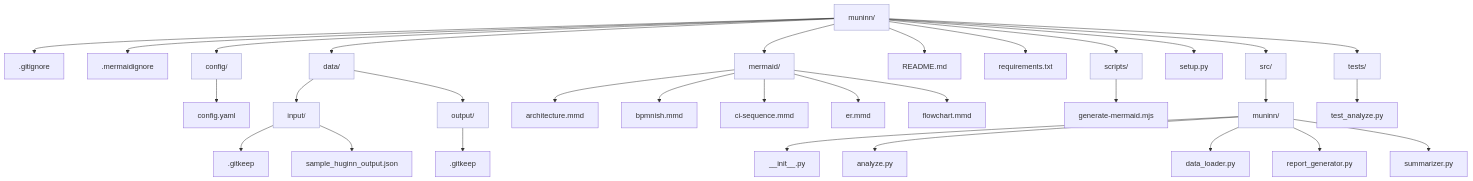
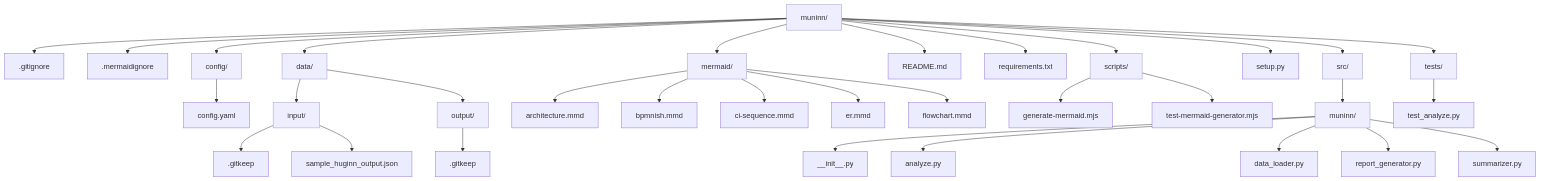
One commit to PR-CYBR/muninn changed the diagram in mermaid/flowchart.mmd. Above: the diagram before and after it, drawn with Mermaid. The commit also changed 1 other file, not shown here.

Commit message:
Add test script for Mermaid generator

```diff
--- a/mermaid/flowchart.mmd
+++ b/mermaid/flowchart.mmd
@@ -1,63 +1,65 @@
 flowchart TB
 classDef dir fill:#eef,stroke:#99c,stroke-width:1px;
 d__["muninn/"]:::dir
 f__gitignore[".gitignore"]
 f__mermaidignore[".mermaidignore"]
 d_config["config/"]:::dir
 f_config_config_yaml["config.yaml"]
 d_data["data/"]:::dir
 d_data_input["input/"]:::dir
 f_data_input__gitkeep[".gitkeep"]
 f_data_input_sample_huginn_output_json["sample_huginn_output.json"]
 d_data_output["output/"]:::dir
 f_data_output__gitkeep[".gitkeep"]
 d_mermaid["mermaid/"]:::dir
 f_mermaid_architecture_mmd["architecture.mmd"]
 f_mermaid_bpmnish_mmd["bpmnish.mmd"]
 f_mermaid_ci_sequence_mmd["ci-sequence.mmd"]
 f_mermaid_er_mmd["er.mmd"]
 f_mermaid_flowchart_mmd["flowchart.mmd"]
 f_README_md["README.md"]
 f_requirements_txt["requirements.txt"]
 d_scripts["scripts/"]:::dir
 f_scripts_generate_mermaid_mjs["generate-mermaid.mjs"]
+f_scripts_test_mermaid_generator_mjs["test-mermaid-generator.mjs"]
 f_setup_py["setup.py"]
 d_src["src/"]:::dir
 d_src_muninn["muninn/"]:::dir
 f_src_muninn___init___py["__init__.py"]
 f_src_muninn_analyze_py["analyze.py"]
 f_src_muninn_data_loader_py["data_loader.py"]
 f_src_muninn_report_generator_py["report_generator.py"]
 f_src_muninn_summarizer_py["summarizer.py"]
 d_tests["tests/"]:::dir
 f_tests_test_analyze_py["test_analyze.py"]
 d__ --> f__gitignore
 d__ --> f__mermaidignore
 d__ --> d_config
 d_config --> f_config_config_yaml
 d__ --> d_data
 d_data --> d_data_input
 d_data_input --> f_data_input__gitkeep
 d_data_input --> f_data_input_sample_huginn_output_json
 d_data --> d_data_output
 d_data_output --> f_data_output__gitkeep
 d__ --> d_mermaid
 d_mermaid --> f_mermaid_architecture_mmd
 d_mermaid --> f_mermaid_bpmnish_mmd
 d_mermaid --> f_mermaid_ci_sequence_mmd
 d_mermaid --> f_mermaid_er_mmd
 d_mermaid --> f_mermaid_flowchart_mmd
 d__ --> f_README_md
 d__ --> f_requirements_txt
 d__ --> d_scripts
 d_scripts --> f_scripts_generate_mermaid_mjs
+d_scripts --> f_scripts_test_mermaid_generator_mjs
 d__ --> f_setup_py
 d__ --> d_src
 d_src --> d_src_muninn
 d_src_muninn --> f_src_muninn___init___py
 d_src_muninn --> f_src_muninn_analyze_py
 d_src_muninn --> f_src_muninn_data_loader_py
 d_src_muninn --> f_src_muninn_report_generator_py
 d_src_muninn --> f_src_muninn_summarizer_py
 d__ --> d_tests
 d_tests --> f_tests_test_analyze_py
```
